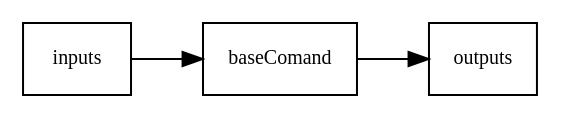
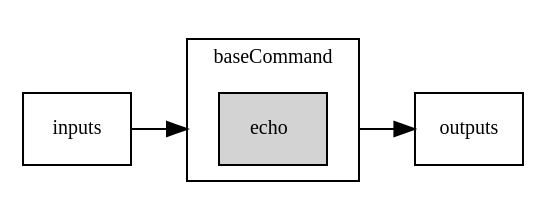
Before and after one commit to common-workflow-language/user_guide: the second of 4 diagrams in src/basic-concepts.md, drawn with Graphviz. The commit also changed other lines of this file, not shown here.

Commit message:
Improve graphs in basic concepts

````diff
--- a/src/basic-concepts.md
+++ b/src/basic-concepts.md
@@ -98,14 +159,25 @@
 ```{graphviz}
 :name: command-line-tool-graph
 :caption: CWL command-line tool.
 :align: center
 
-digraph "CWL command-line tool" {
+digraph G {
+    compound=true;
     rankdir="LR";
+    fontname="Verdana";
+    fontsize="10";
     graph [splines=ortho];
 
     node [fontname="Verdana", fontsize="10", shape=box];
     edge [fontname="Verdana", fontsize="10"];
-    inputs -> baseComand -> outputs;
+
+    subgraph cluster_0 {
+      command[style="filled" label=<<FONT FACE='sans-serif;'>echo</FONT>>];
+      label="baseCommand";
+      fill=gray;
+    }
+
+    inputs -> command [lhead=cluster_0];
+    command -> outputs [ltail=cluster_0];
 }
 ```
````
